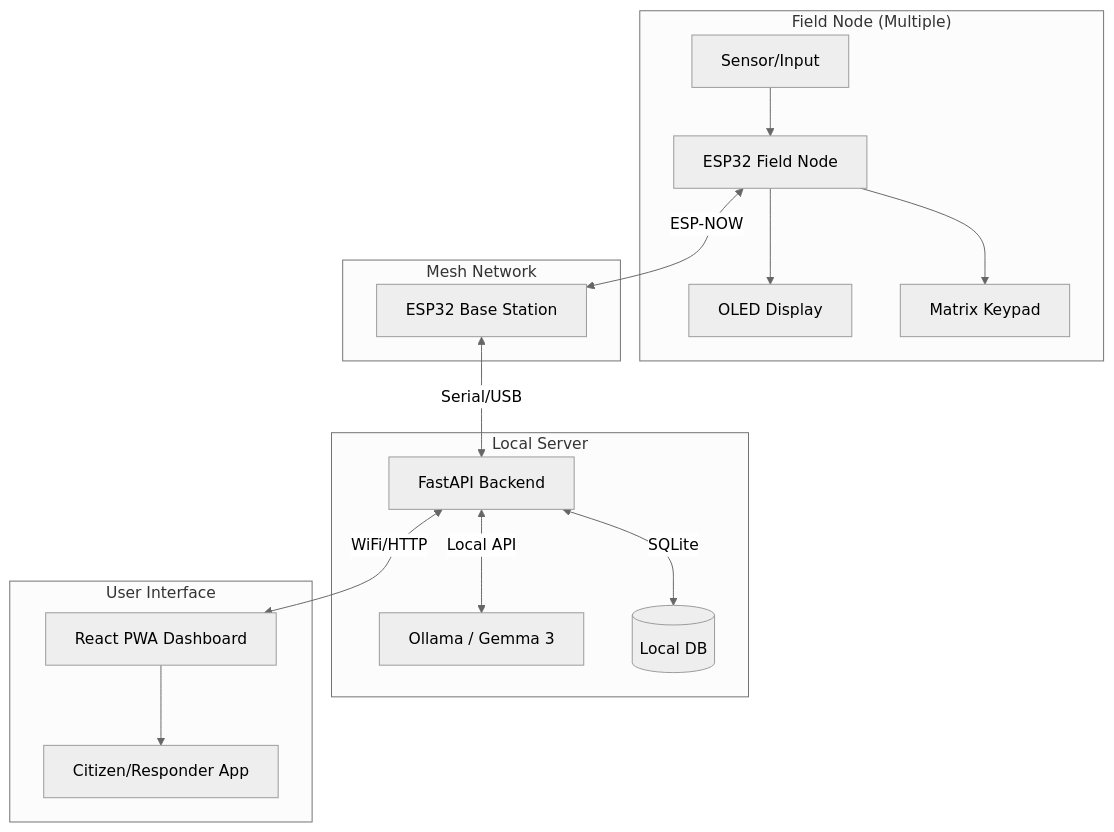
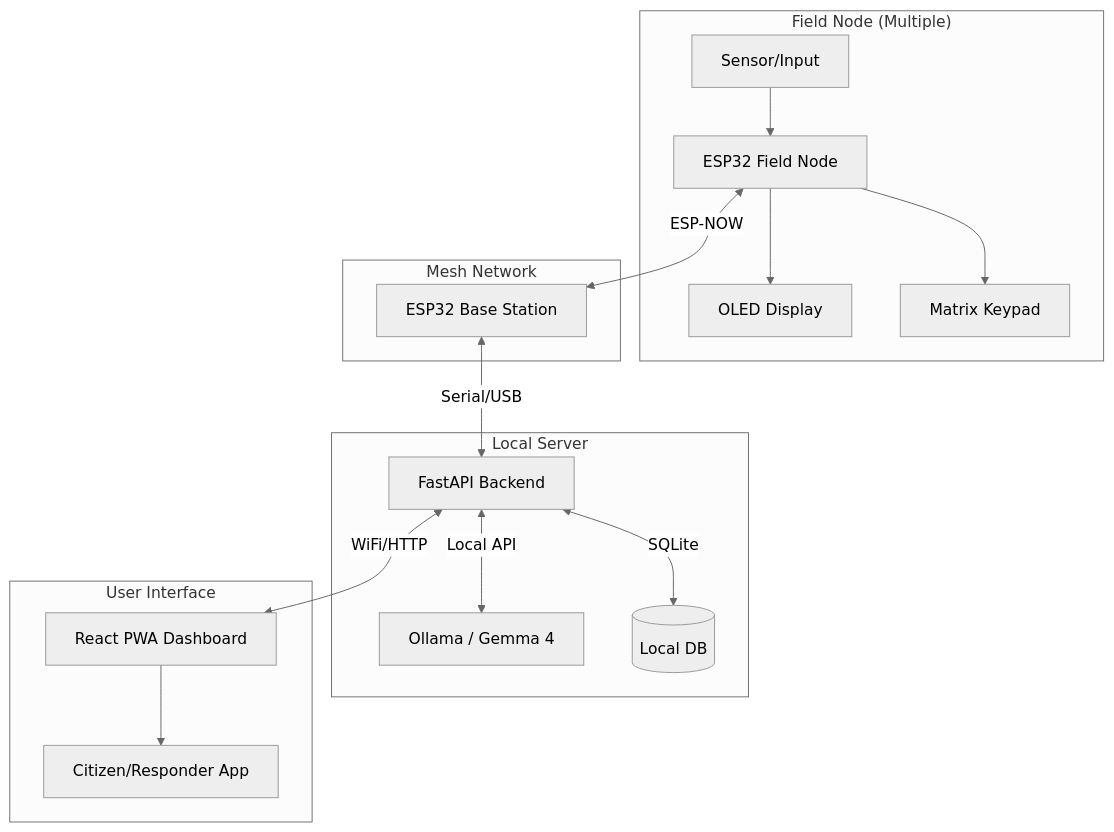
One commit to sphoorthi340-bit/sahayak changed the diagram in docs/ARCHITECTURE.md. Above: the diagram before and after it, drawn with Mermaid (neutral theme). The commit also changed other lines of this file and 17 other files, not shown here.

````diff
--- a/docs/ARCHITECTURE.md
+++ b/docs/ARCHITECTURE.md
@@ -9,23 +9,23 @@
 ```mermaid
 graph TD
     subgraph "Field Node (Multiple)"
         A[Sensor/Input] --> B[ESP32 Field Node]
         B --> C[OLED Display]
         B --> D[Matrix Keypad]
     end
 
     subgraph "Mesh Network"
         B <-->|ESP-NOW| E[ESP32 Base Station]
     end
 
     subgraph "Local Server"
         E <-->|Serial/USB| F[FastAPI Backend]
-        F <-->|Local API| G[Ollama / Gemma 3]
+        F <-->|Local API| G[Ollama / Gemma 4]
         F <-->|SQLite| H[(Local DB)]
     end
 
     subgraph "User Interface"
         F <-->|WiFi/HTTP| I[React PWA Dashboard]
         I --> J[Citizen/Responder App]
     end
 ```
````
